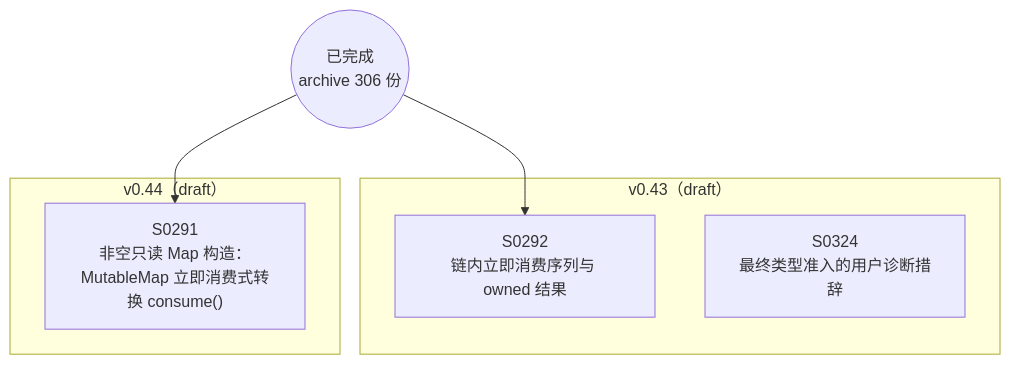
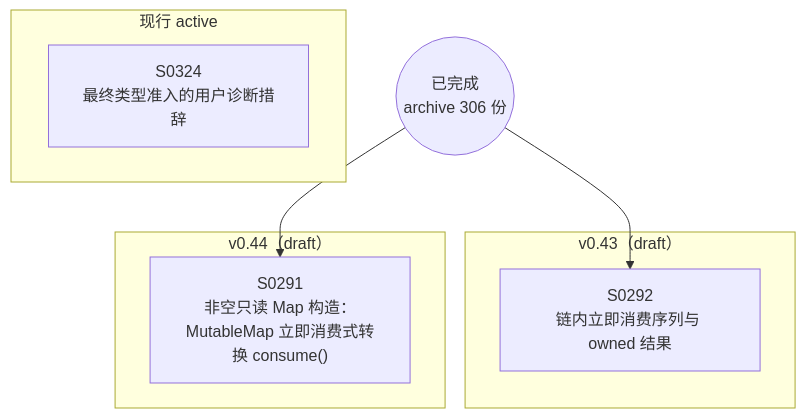
The diagram in docs/specs/dependency-graph.md (Halckon/Koven), drawn with Mermaid before and after one commit. The commit also changed other lines of this file and 12 other files, not shown here.

````diff
--- a/docs/specs/dependency-graph.md
+++ b/docs/specs/dependency-graph.md
@@ -9,13 +9,15 @@
 ```mermaid
 flowchart TD
 ARCH(("已完成<br/>archive 306 份"))
+subgraph Gactive["现行 active"]
+  S0324["S0324<br/>最终类型准入的用户诊断措辞"]
+end
 subgraph Gdrafts_v043["v0.43（draft）"]
   S0292["S0292<br/>链内立即消费序列与 owned 结果"]
-  S0324["S0324<br/>最终类型准入的用户诊断措辞"]
 end
 subgraph Gdrafts_v044["v0.44（draft）"]
   S0291["S0291<br/>非空只读 Map 构造：MutableMap 立即消费式转换 consume()"]
 end
 ARCH --> S0291
 ARCH --> S0292
 ```
````
